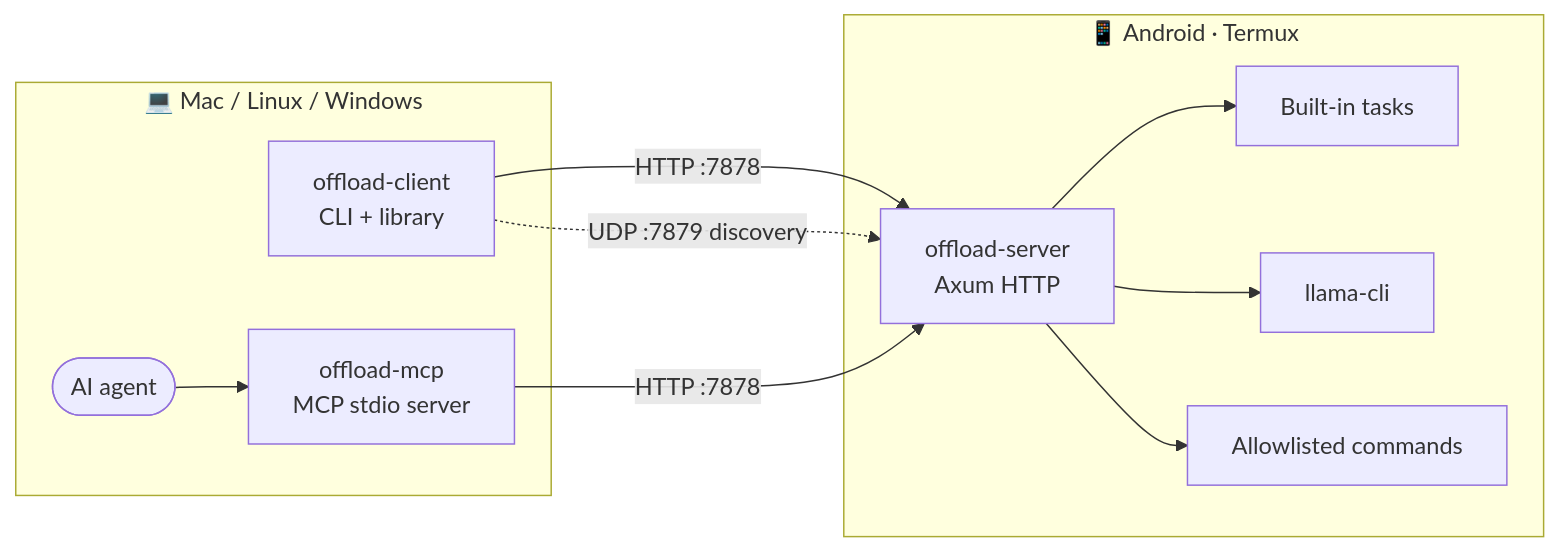
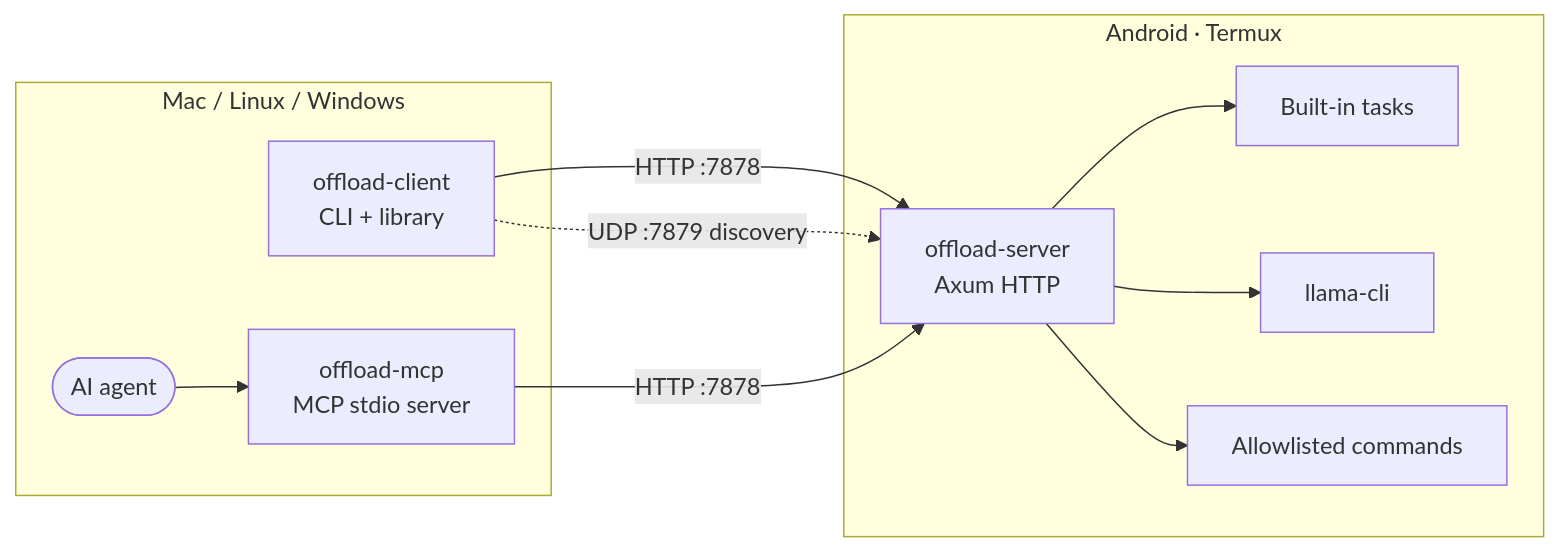
The diagram in README.md (abozten/AndroidOffloadML), drawn with Mermaid before and after one commit. The commit also changed other lines of this file, not shown here.

````diff
--- a/README.md
+++ b/README.md
@@ -32,17 +32,17 @@
 ```mermaid
 flowchart LR
-    subgraph Host["💻 Mac / Linux / Windows"]
+    subgraph Host["Mac / Linux / Windows"]
         CLI[offload-client<br/>CLI + library]
         MCP[offload-mcp<br/>MCP stdio server]
         Agent([AI agent]) --> MCP
     end
-    subgraph Phone["📱 Android · Termux"]
+    subgraph Phone["Android · Termux"]
         SRV[offload-server<br/>Axum HTTP]
         SRV --> T[Built-in tasks]
         SRV --> L[llama-cli]
         SRV --> C[Allowlisted commands]
     end
     CLI -- "HTTP :7878" --> SRV
     MCP -- "HTTP :7878" --> SRV
     CLI -. "UDP :7879 discovery" .-> SRV
 ```
````
